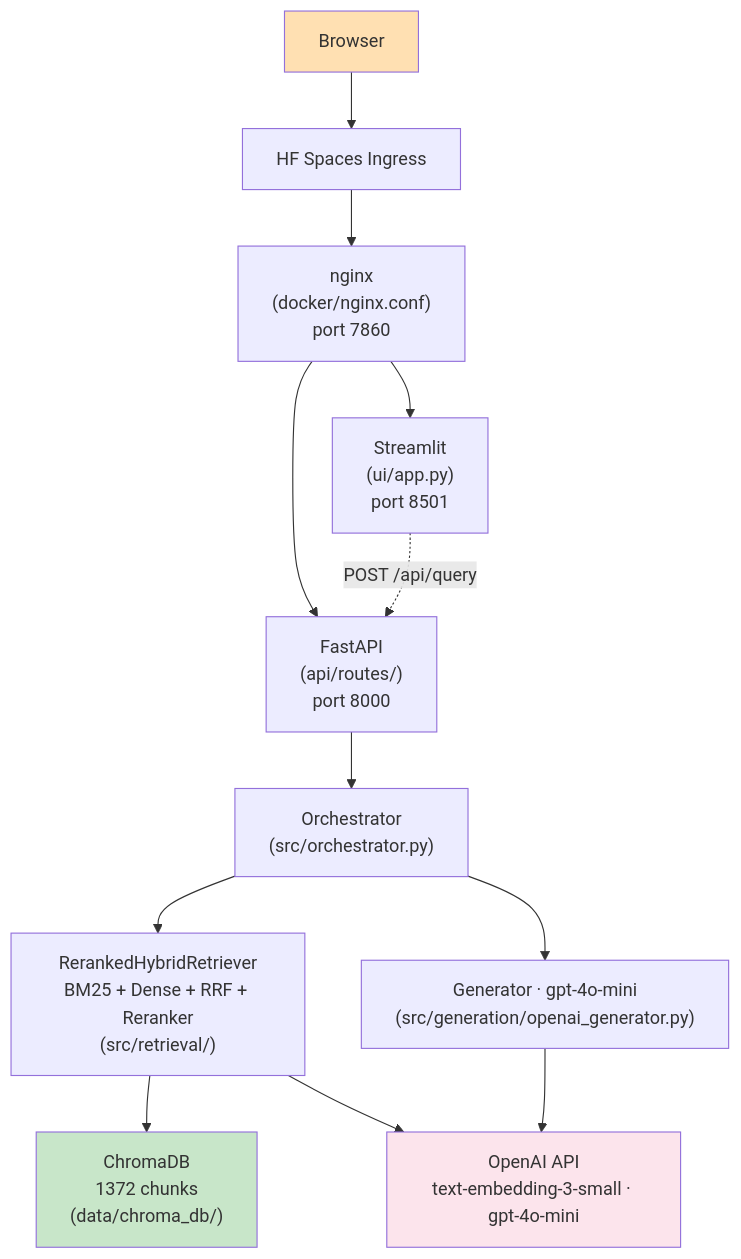
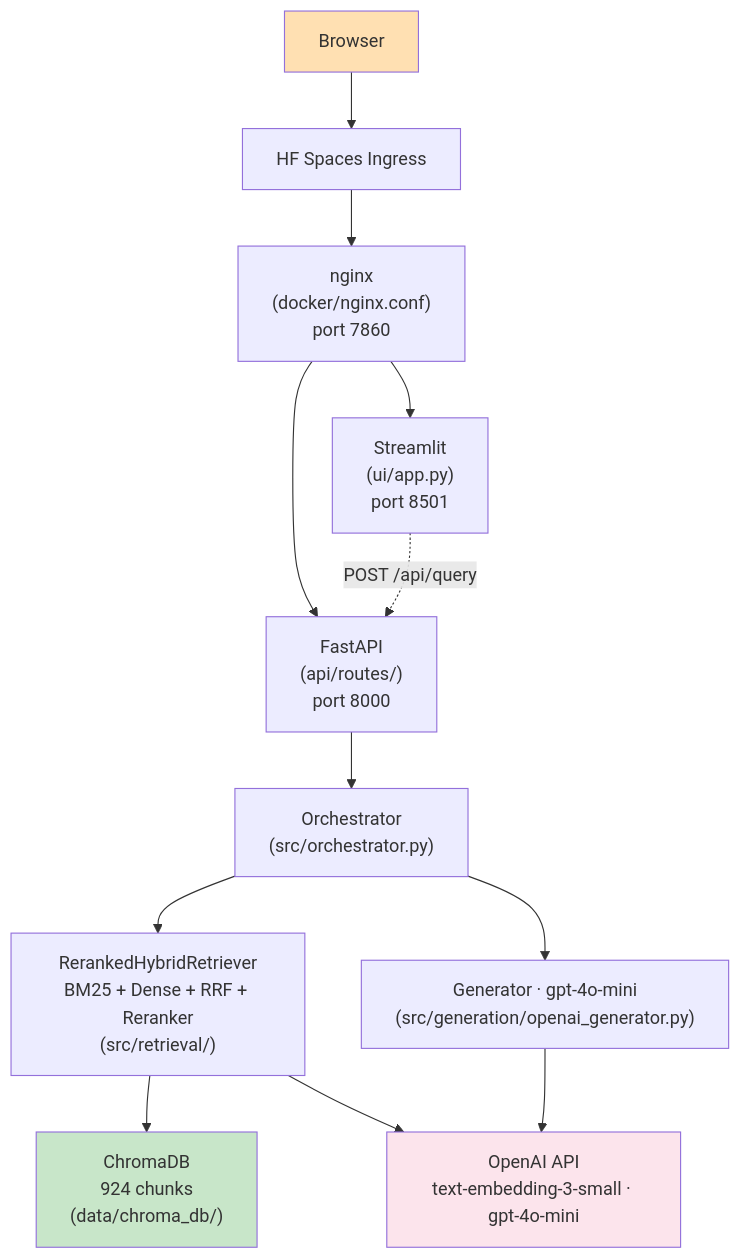
The diagram in README.md (varunbommagunta/docuverse), drawn with Mermaid before and after one commit. The commit also changed other lines of this file and 1 other file, not shown here.

````diff
--- a/README.md
+++ b/README.md
@@ -43,29 +43,29 @@
 ```mermaid
 flowchart TD
     Browser["Browser"]
     Ingress["HF Spaces Ingress"]
     Nginx["nginx\n(docker/nginx.conf)\nport 7860"]
     Streamlit["Streamlit\n(ui/app.py)\nport 8501"]
     FastAPI["FastAPI\n(api/routes/)\nport 8000"]
     Orchestrator["Orchestrator\n(src/orchestrator.py)"]
     Retriever["RerankedHybridRetriever\nBM25 + Dense + RRF + Reranker\n(src/retrieval/)"]
     Generator["Generator · gpt-4o-mini\n(src/generation/openai_generator.py)"]
-    ChromaDB["ChromaDB\n1372 chunks\n(data/chroma_db/)"]
+    ChromaDB["ChromaDB\n924 chunks\n(data/chroma_db/)"]
     OpenAI["OpenAI API\ntext-embedding-3-small · gpt-4o-mini"]
 
     Browser --> Ingress
     Ingress --> Nginx
     Nginx --> Streamlit
     Nginx --> FastAPI
     Streamlit -.->|"POST /api/query"| FastAPI
     FastAPI --> Orchestrator
     Orchestrator --> Retriever
     Orchestrator --> Generator
     Retriever --> ChromaDB
     Retriever --> OpenAI
     Generator --> OpenAI
 
     style Browser fill:#FFE0B2
     style ChromaDB fill:#C8E6C9
     style OpenAI fill:#FCE4EC
 ```
````
